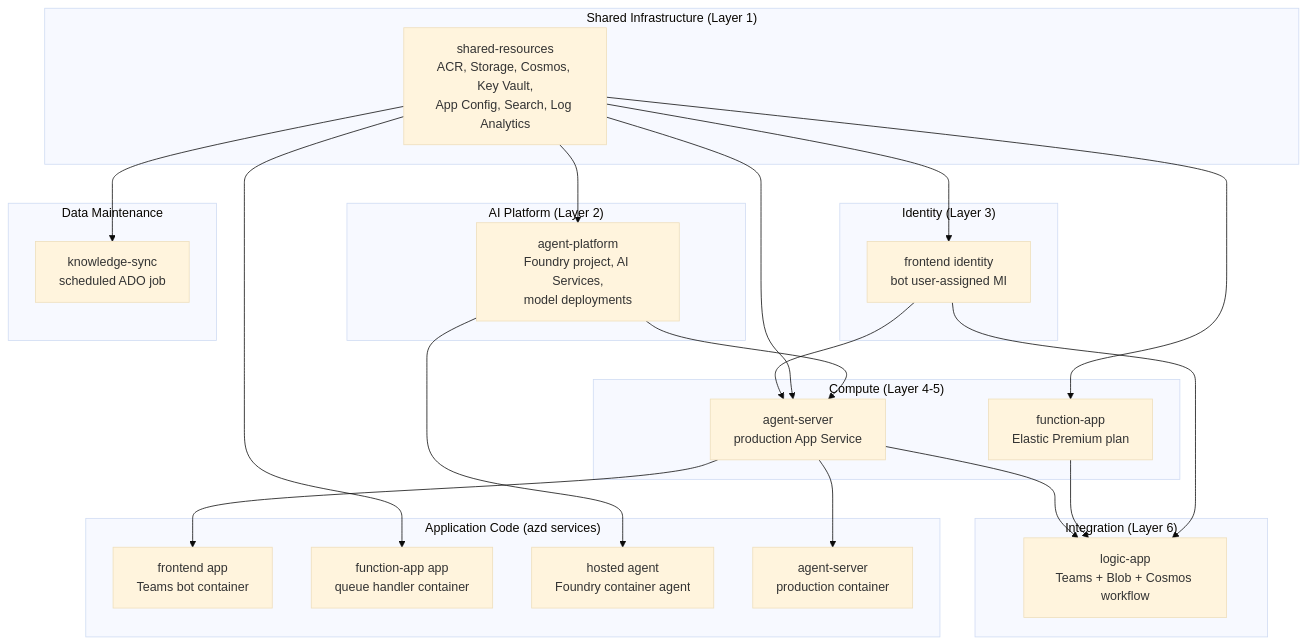
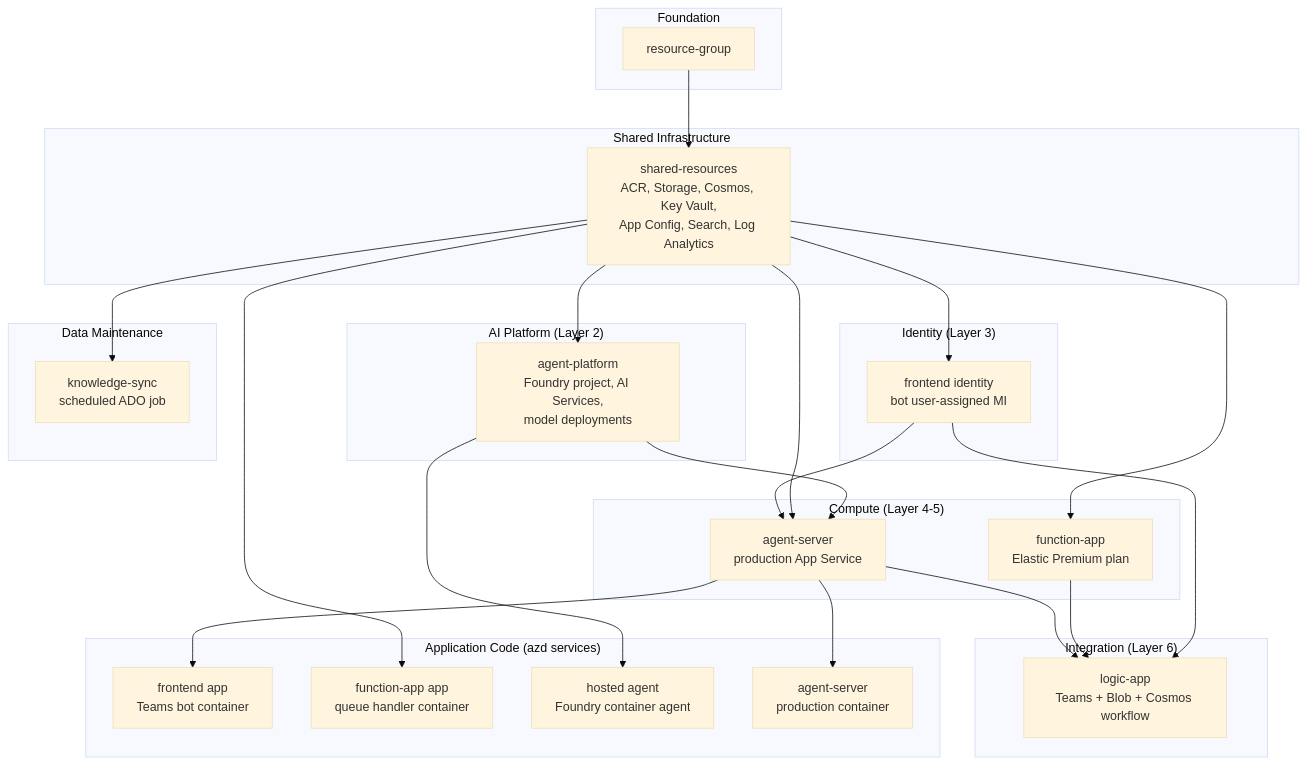
Before and after one commit to Azure/azure-sdk-tools: the diagram in tools/sdk-ai-bots/deployment/docs/component-dependency-graph.md, drawn with Mermaid (base theme). The commit also changed other lines of this file and 92 other files, not shown here.

````diff
--- a/tools/sdk-ai-bots/deployment/docs/component-dependency-graph.md
+++ b/tools/sdk-ai-bots/deployment/docs/component-dependency-graph.md
@@ -3,50 +3,55 @@
 ```mermaid
 graph TD
-    subgraph "Shared Infrastructure (Layer 1)"
+    subgraph "Foundation"
+        RG[resource-group]
+    end
+
+    subgraph "Shared Infrastructure"
         SR[shared-resources<br/>ACR, Storage, Cosmos, Key Vault,<br/>App Config, Search, Log Analytics]
     end
 
     subgraph "AI Platform (Layer 2)"
         AGP[agent-platform<br/>Foundry project, AI Services,<br/>model deployments]
     end
 
     subgraph "Identity (Layer 3)"
         FE_ID[frontend identity<br/>bot user-assigned MI]
     end
 
     subgraph "Compute (Layer 4-5)"
         BE[agent-server<br/>production App Service]
         FN[function-app<br/>Elastic Premium plan]
     end
 
     subgraph "Integration (Layer 6)"
         LA[logic-app<br/>Teams + Blob + Cosmos workflow]
     end
 
     subgraph "Application Code (azd services)"
         FE_APP[frontend app<br/>Teams bot container]
         FN_APP[function-app app<br/>queue handler container]
         AG_APP[hosted agent<br/>Foundry container agent]
         AG_SRV[agent-server<br/>production container]
     end
 
     subgraph "Data Maintenance"
         KS[knowledge-sync<br/>scheduled ADO job]
     end
 
+    RG --> SR
     SR --> AGP
     SR --> FE_ID
     FE_ID --> BE
     SR --> BE
     AGP --> BE
     SR --> FN
     BE --> LA
     FN --> LA
     FE_ID --> LA
 
     BE --> AG_SRV
     AGP --> AG_APP
     BE --> FE_APP
     SR --> FN_APP
     SR --> KS
 ```
````
